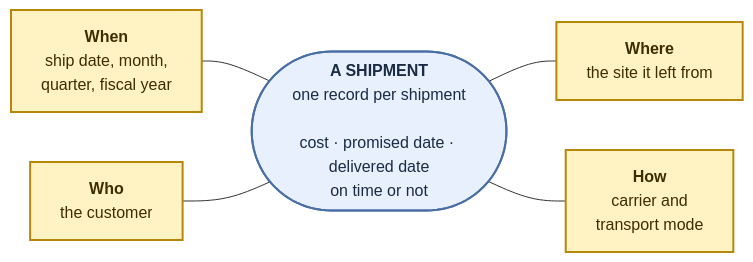
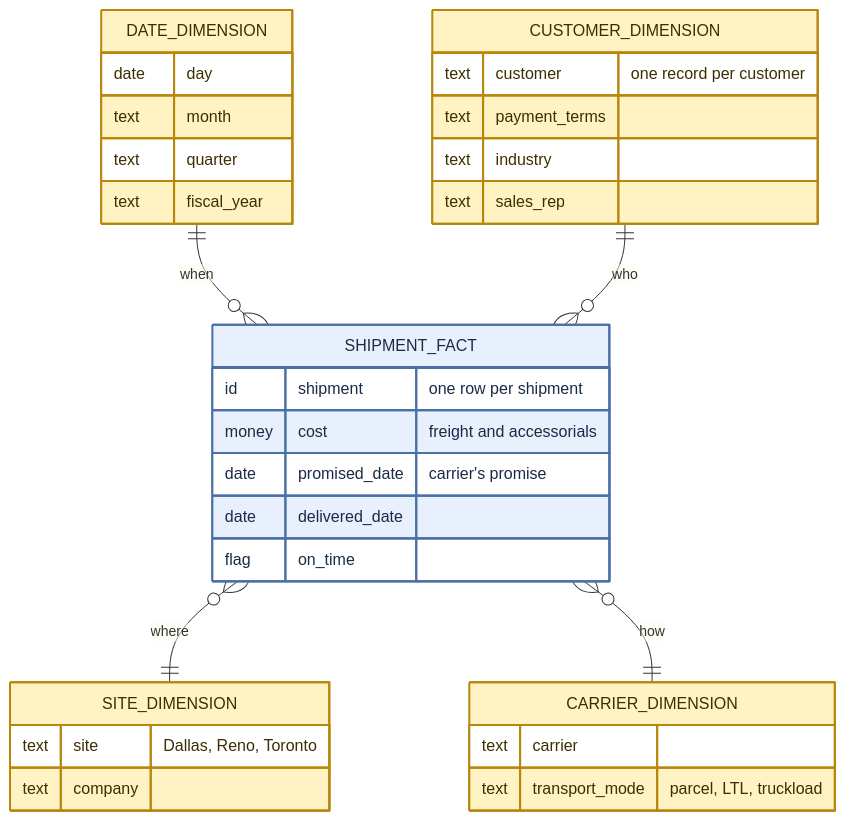
One commit to patrickmhaney/bgr_control_tower changed the third of 4 diagrams in docs/architecture.md. Above: the diagram before and after it, drawn with Mermaid. The commit also changed other lines of this file, not shown here.

First line of the commit message:
Draw the data model section as star schemas

````diff
--- a/docs/architecture.md
+++ b/docs/architecture.md
@@ -141,18 +143,40 @@
 ```mermaid
-flowchart LR
-    date["<b>When</b><br/>ship date, month,<br/>quarter, fiscal year"]
-    cust["<b>Who</b><br/>the customer"]
-    ship(["<b>A SHIPMENT</b><br/>one record per shipment<br/><br/>cost · promised date · delivered date<br/>on time or not"])
-    site["<b>Where</b><br/>the site it left from"]
-    carr["<b>How</b><br/>carrier and<br/>transport mode"]
+erDiagram
+    DATE_DIMENSION ||--o{ SHIPMENT_FACT : "when"
+    CUSTOMER_DIMENSION ||--o{ SHIPMENT_FACT : "who"
+    SHIPMENT_FACT }o--|| SITE_DIMENSION : "where"
+    SHIPMENT_FACT }o--|| CARRIER_DIMENSION : "how"
 
-    date --- ship
-    cust --- ship
-    ship --- site
-    ship --- carr
+    SHIPMENT_FACT {
+        id shipment "one row per shipment"
+        money cost "freight and accessorials"
+        date promised_date "carrier's promise"
+        date delivered_date
+        flag on_time
+    }
+    DATE_DIMENSION {
+        date day
+        text month
+        text quarter
+        text fiscal_year
+    }
+    CUSTOMER_DIMENSION {
+        text customer "one record per customer"
+        text payment_terms
+        text industry
+        text sales_rep
+    }
+    SITE_DIMENSION {
+        text site "Dallas, Reno, Toronto"
+        text company
+    }
+    CARRIER_DIMENSION {
+        text carrier
+        text transport_mode "parcel, LTL, truckload"
+    }
 
     classDef dim fill:#fff3c4,stroke:#b8860b,stroke-width:2px,color:#3d2e00
     classDef fact fill:#e8f0fe,stroke:#4a6fa5,stroke-width:2px,color:#1a2b45
-    class date,cust,site,carr dim
-    class ship fact
+    class DATE_DIMENSION,CUSTOMER_DIMENSION,SITE_DIMENSION,CARRIER_DIMENSION dim
+    class SHIPMENT_FACT fact
 ```
````
